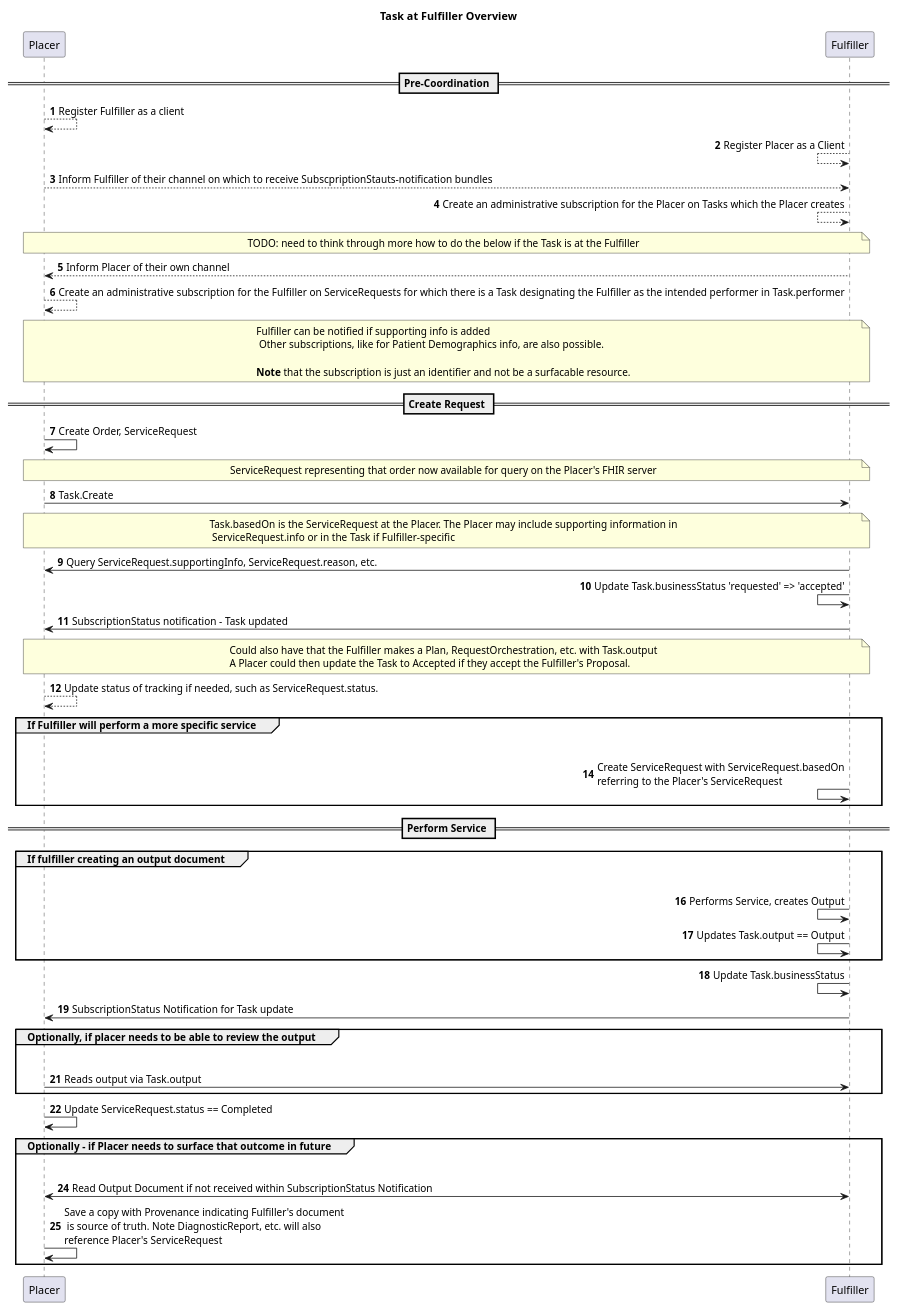
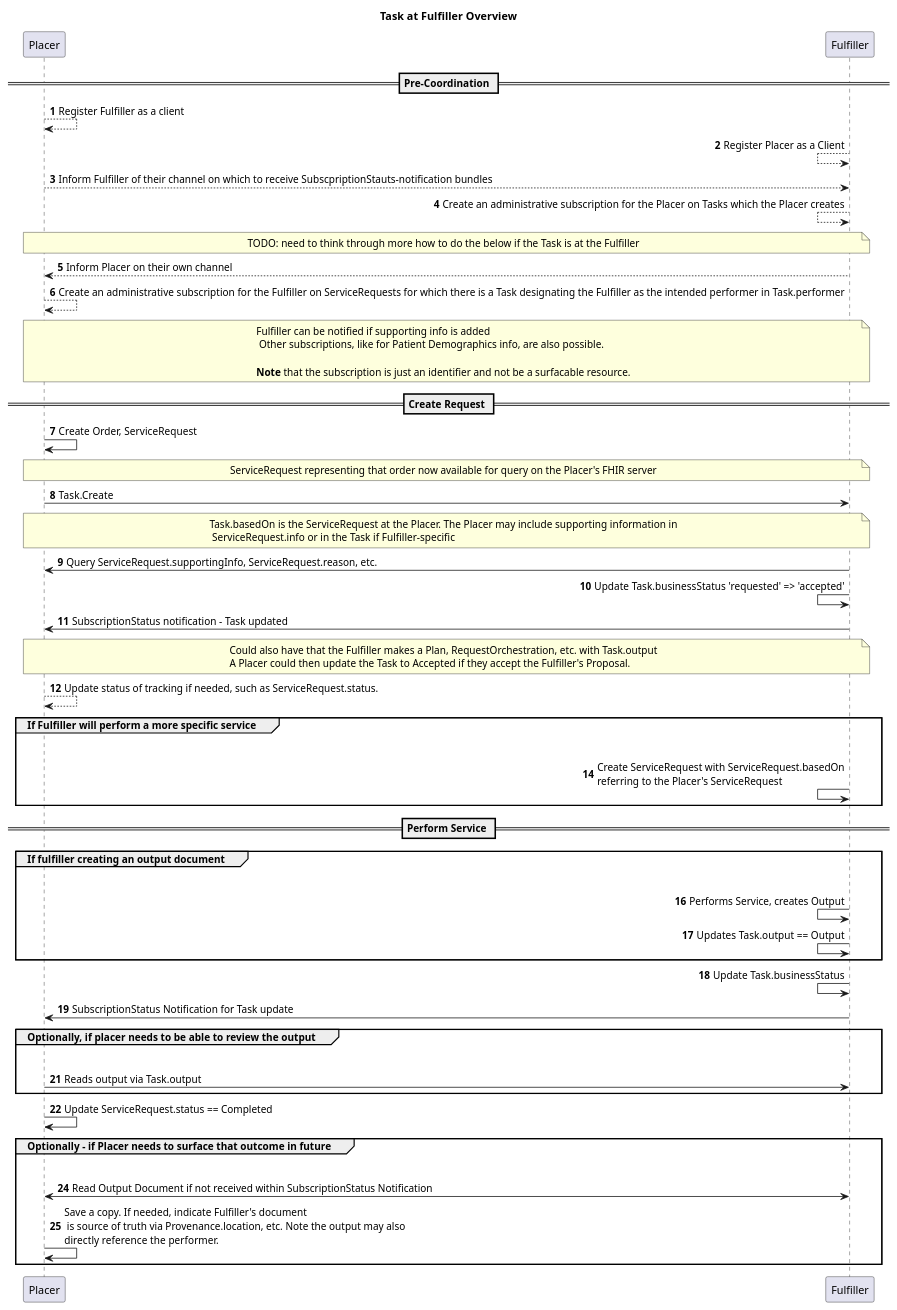
Before and after one commit to HL7/fhir-cow-ig: the diagram in input/images-source/subscriptions-general-example-task-at-fulfiller.plantuml, drawn with PlantUML. The commit also changed 13 other files, not shown here.

```diff
--- a/input/images-source/subscriptions-general-example-task-at-fulfiller.plantuml
+++ b/input/images-source/subscriptions-general-example-task-at-fulfiller.plantuml
@@ -1,73 +1,73 @@
 @startuml
 title Task at Fulfiller Overview
 
 autonumber
 
 == Pre-Coordination ==
 
 Placer --> Placer: Register Fulfiller as a client
 
 Fulfiller <-- Fulfiller: Register Placer as a Client
 
 Placer --> Fulfiller: Inform Fulfiller of their channel on which to receive SubscpriptionStauts-notification bundles
 
 Fulfiller <-- Fulfiller: Create an administrative subscription for the Placer on Tasks which the Placer creates 
 
 note over Placer, Fulfiller: TODO: need to think through more how to do the below if the Task is at the Fulfiller
-Fulfiller --> Placer: Inform Placer of their own channel
+Fulfiller --> Placer: Inform Placer on their own channel
 
 Placer --> Placer: Create an administrative subscription for the Fulfiller on ServiceRequests for which there is a Task designating the Fulfiller as the intended performer in Task.performer
 
 note over Placer, Fulfiller: Fulfiller can be notified if supporting info is added\n Other subscriptions, like for Patient Demographics info, are also possible.\n\n**Note** that the subscription is just an identifier and not be a surfacable resource.
 
 
 == Create Request ==
 Placer -> Placer: Create Order, ServiceRequest
 
 note over Placer, Fulfiller: ServiceRequest representing that order now available for query on the Placer's FHIR server
 
 Placer -> Fulfiller: Task.Create
 
 note over Placer, Fulfiller: Task.basedOn is the ServiceRequest at the Placer. The Placer may include supporting information in\n ServiceRequest.info or in the Task if Fulfiller-specific
 
 Fulfiller -> Placer: Query ServiceRequest.supportingInfo, ServiceRequest.reason, etc.
 
 Fulfiller <- Fulfiller: Update Task.businessStatus 'requested' => 'accepted'
 
 Fulfiller -> Placer: SubscriptionStatus notification - Task updated
 
 note over Placer, Fulfiller: Could also have that the Fulfiller makes a Plan, RequestOrchestration, etc. with Task.output\nA Placer could then update the Task to Accepted if they accept the Fulfiller's Proposal.
 
 Placer --> Placer: Update status of tracking if needed, such as ServiceRequest.status. 
 
 group If Fulfiller will perform a more specific service
     Fulfiller -[hidden]> Placer:
     Fulfiller <- Fulfiller: Create ServiceRequest with ServiceRequest.basedOn\nreferring to the Placer's ServiceRequest
 end
 
 == Perform Service ==
 
 group If fulfiller creating an output document
     Fulfiller -[hidden]> Placer:
     Fulfiller <- Fulfiller: Performs Service, creates Output
     Fulfiller <- Fulfiller: Updates Task.output == Output
 end
 
 Fulfiller <- Fulfiller: Update Task.businessStatus
 
 Fulfiller -> Placer: SubscriptionStatus Notification for Task update
 
 group Optionally, if placer needs to be able to review the output
     Fulfiller -[hidden]> Placer:
     Placer -> Fulfiller: Reads output via Task.output
 end
 
 Placer -> Placer: Update ServiceRequest.status == Completed
 
 group Optionally - if Placer needs to surface that outcome in future
     Fulfiller -[hidden]> Placer:
     Placer <-> Fulfiller: Read Output Document if not received within SubscriptionStatus Notification
-    Placer -> Placer: Save a copy with Provenance indicating Fulfiller's document\n is source of truth. Note DiagnosticReport, etc. will also\nreference Placer's ServiceRequest
+    Placer -> Placer: Save a copy. If needed, indicate Fulfiller's document\n is source of truth via Provenance.location, etc. Note the output may also\ndirectly reference the performer.
    
 end
 @enduml
```
